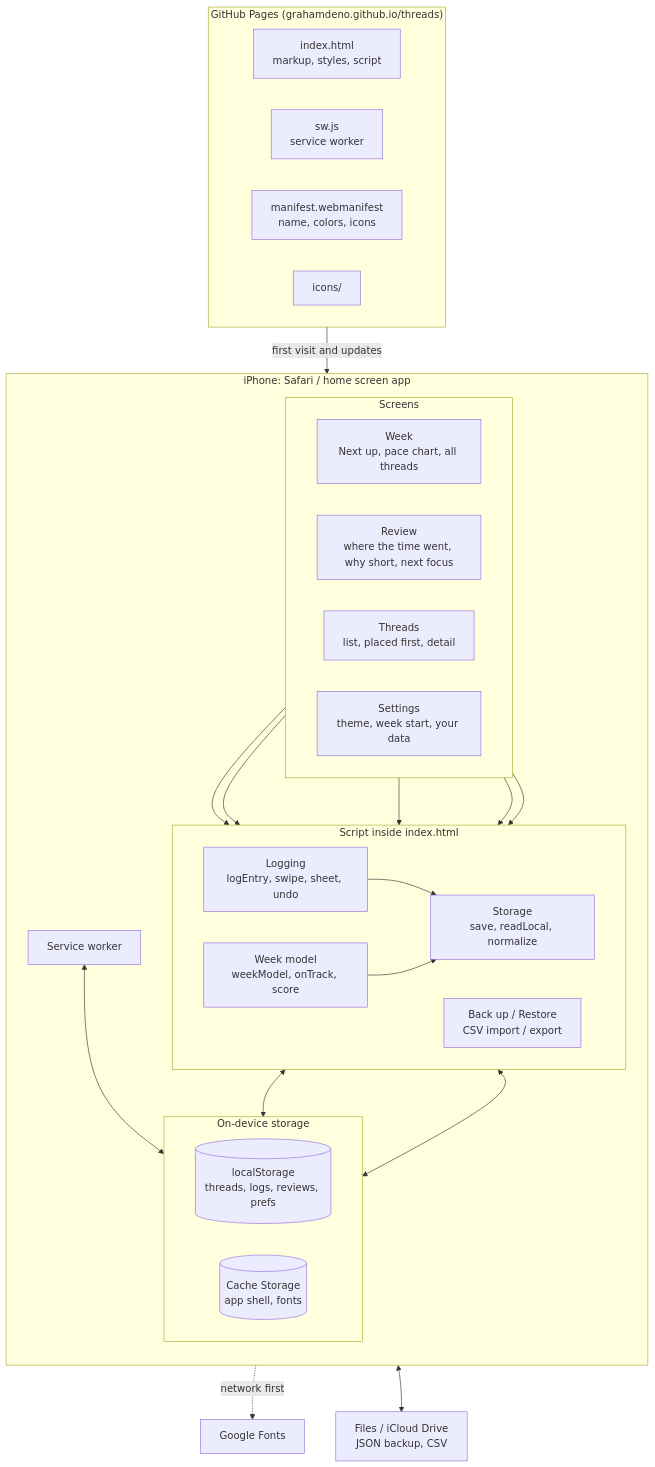
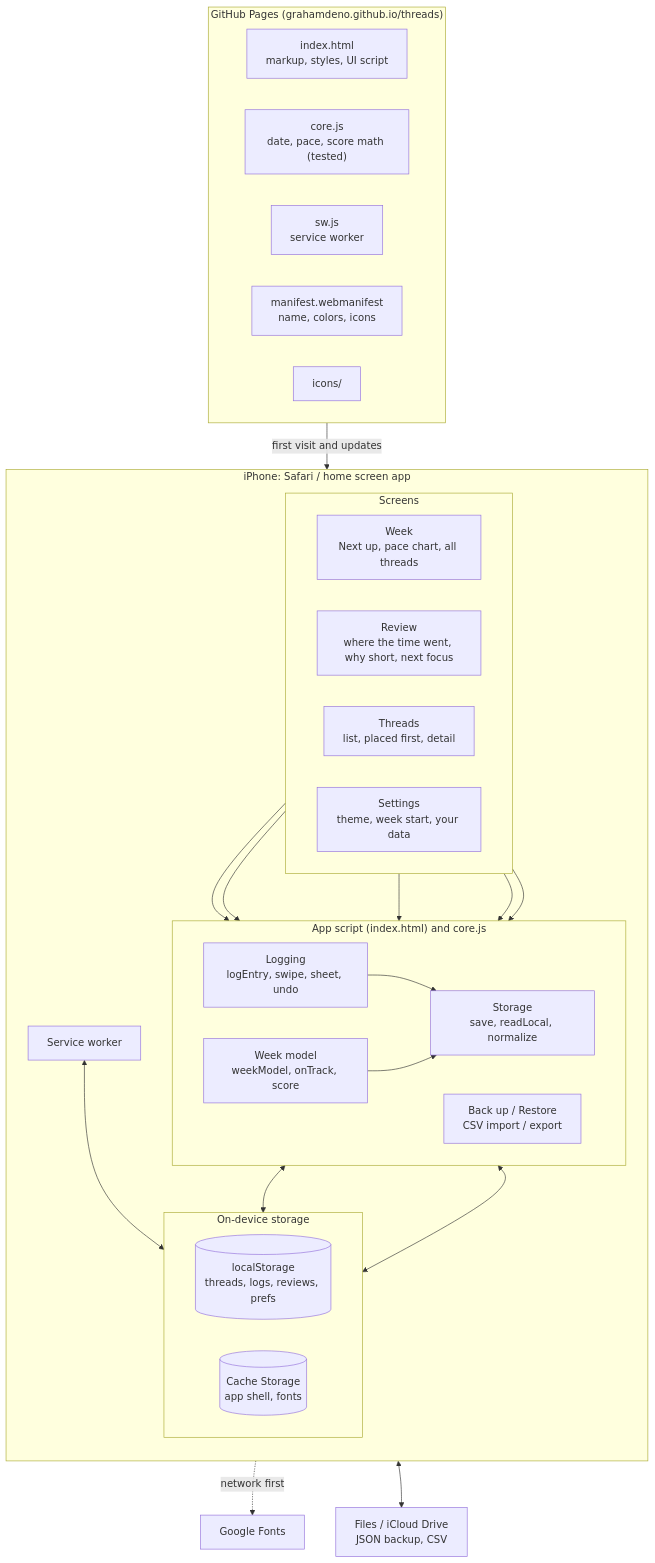
One commit to grahamdeno/threads changed the first of 2 diagrams in docs/ARCHITECTURE.md. Above: the diagram before and after it, drawn with Mermaid. The commit also changed other lines of this file and 9 other files, not shown here.

First line of the commit message:
Fair pace, tested core logic, version display and screenshots

````diff
--- a/docs/ARCHITECTURE.md
+++ b/docs/ARCHITECTURE.md
@@ -7,56 +7,57 @@
 ```mermaid
 flowchart TB
     subgraph host["GitHub Pages (grahamdeno.github.io/threads)"]
         direction LR
-        html["index.html<br/>markup, styles, script"]
+        html["index.html<br/>markup, styles, UI script"]
+        corefile["core.js<br/>date, pace, score math (tested)"]
         swfile["sw.js<br/>service worker"]
         mani["manifest.webmanifest<br/>name, colors, icons"]
         icons["icons/"]
     end
 
     subgraph phone["iPhone: Safari / home screen app"]
         direction TB
 
         subgraph ui["Screens"]
             direction LR
             week["Week<br/>Next up, pace chart, all threads"]
             review["Review<br/>where the time went, why short, next focus"]
             threads["Threads<br/>list, placed first, detail"]
             settings["Settings<br/>theme, week start, your data"]
         end
 
-        subgraph logic["Script inside index.html"]
+        subgraph logic["App script (index.html) and core.js"]
             direction LR
             model["Week model<br/>weekModel, onTrack, score"]
             log["Logging<br/>logEntry, swipe, sheet, undo"]
             store["Storage<br/>save, readLocal, normalize"]
             io["Back up / Restore<br/>CSV import / export"]
         end
 
         subgraph device["On-device storage"]
             direction LR
             ls[("localStorage<br/>threads, logs, reviews, prefs")]
             cache[("Cache Storage<br/>app shell, fonts")]
         end
 
         sw["Service worker"]
     end
 
     fonts["Google Fonts"]
     files["Files / iCloud Drive<br/>JSON backup, CSV"]
 
     host -- "first visit and updates" --> sw
     sw <--> cache
     sw -.->|network first| fonts
 
     week --> model
     week --> log
     review --> model
     threads --> store
     settings --> io
     log --> store
     model --> store
     store <--> ls
     io <--> ls
     io <--> files
 ```
````
